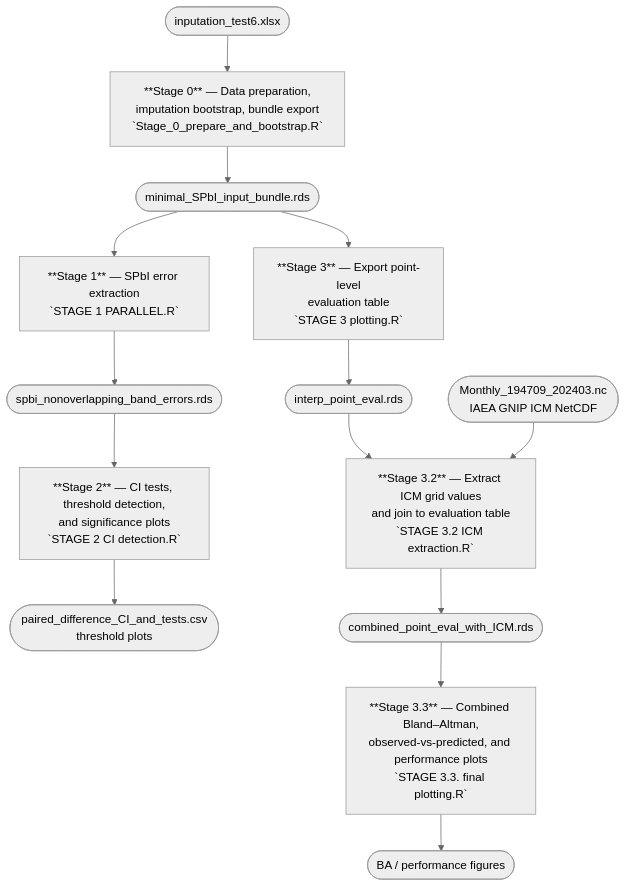
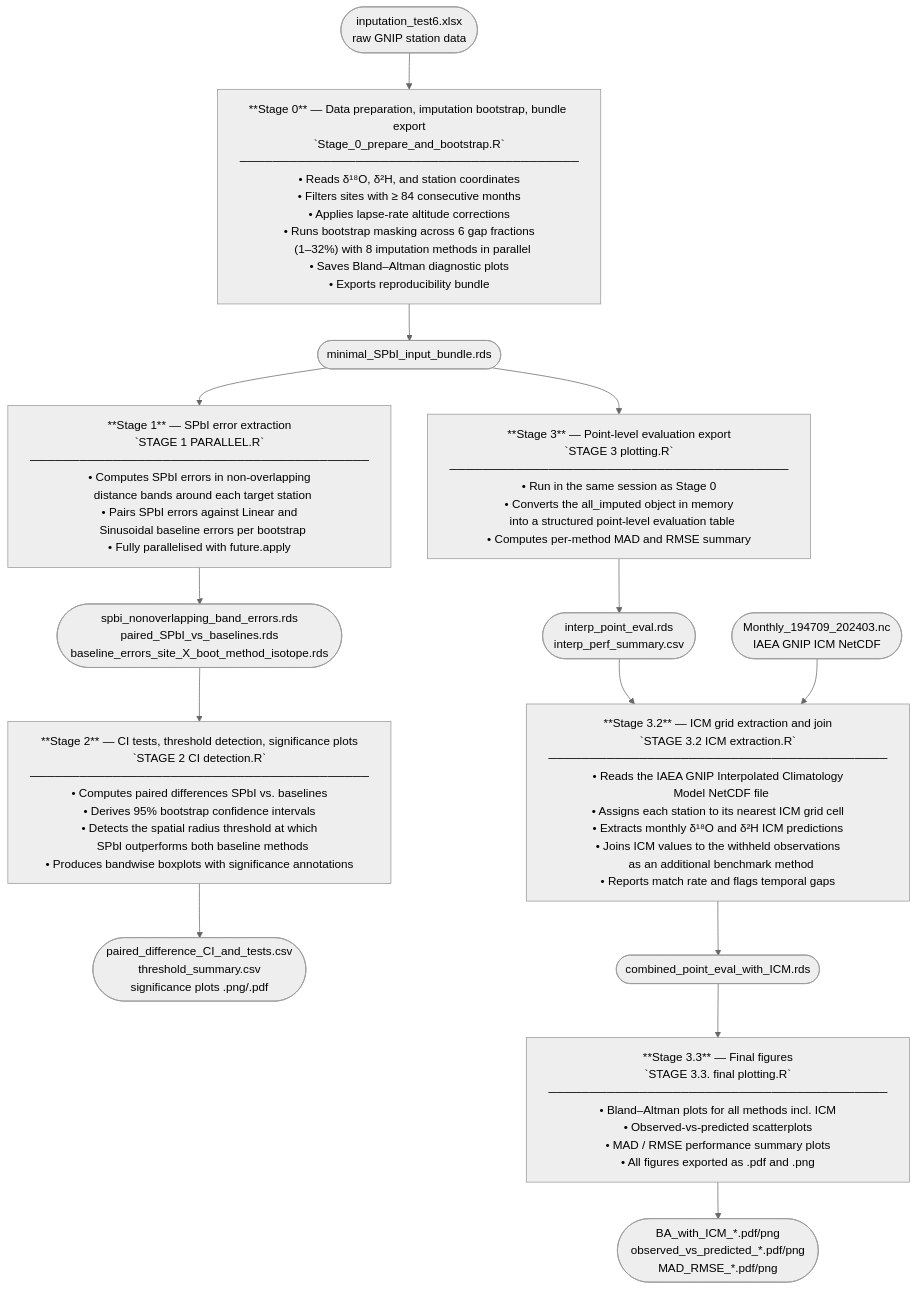
The diagram in README.md (istvan60/SPbI), drawn with Mermaid (neutral theme) before and after one commit.

Commit message:
Expand flowchart with detailed stage descriptions

````diff
--- a/README.md
+++ b/README.md
@@ -13,28 +13,28 @@
 ```mermaid
 flowchart TD
-    A([inputation_test6.xlsx]) --> S0
+    A([inputation_test6.xlsx\nraw GNIP station data]) --> S0
 
-    S0["**Stage 0** — Data preparation,\nimputation bootstrap, bundle export\n`Stage_0_prepare_and_bootstrap.R`"]
+    S0["**Stage 0** — Data preparation, imputation bootstrap, bundle export\n`Stage_0_prepare_and_bootstrap.R`\n─────────────────────────────────────────\n• Reads δ¹⁸O, δ²H, and station coordinates\n• Filters sites with ≥ 84 consecutive months\n• Applies lapse-rate altitude corrections\n• Runs bootstrap masking across 6 gap fractions\n  (1–32%) with 8 imputation methods in parallel\n• Saves Bland–Altman diagnostic plots\n• Exports reproducibility bundle"]
     S0 --> B([minimal_SPbI_input_bundle.rds])
 
     B --> S1
-    S1["**Stage 1** — SPbI error extraction\n`STAGE 1 PARALLEL.R`"]
-    S1 --> C([spbi_nonoverlapping_band_errors.rds])
+    S1["**Stage 1** — SPbI error extraction\n`STAGE 1 PARALLEL.R`\n─────────────────────────────────────────\n• Computes SPbI errors in non-overlapping\n  distance bands around each target station\n• Pairs SPbI errors against Linear and\n  Sinusoidal baseline errors per bootstrap\n• Fully parallelised with future.apply"]
+    S1 --> C([spbi_nonoverlapping_band_errors.rds\npaired_SPbI_vs_baselines.rds\nbaseline_errors_site_X_boot_method_isotope.rds])
 
     C --> S2
-    S2["**Stage 2** — CI tests, threshold detection,\nand significance plots\n`STAGE 2 CI detection.R`"]
-    S2 --> D([paired_difference_CI_and_tests.csv\nthreshold plots])
+    S2["**Stage 2** — CI tests, threshold detection, significance plots\n`STAGE 2 CI detection.R`\n─────────────────────────────────────────\n• Computes paired differences SPbI vs. baselines\n• Derives 95% bootstrap confidence intervals\n• Detects the spatial radius threshold at which\n  SPbI outperforms both baseline methods\n• Produces bandwise boxplots with significance annotations"]
+    S2 --> D([paired_difference_CI_and_tests.csv\nthreshold_summary.csv\nsignificance plots .png/.pdf])
 
     B --> S3
-    S3["**Stage 3** — Export point-level\nevaluation table\n`STAGE 3 plotting.R`"]
-    S3 --> E([interp_point_eval.rds])
+    S3["**Stage 3** — Point-level evaluation export\n`STAGE 3 plotting.R`\n─────────────────────────────────────────\n• Run in the same session as Stage 0\n• Converts the all_imputed object in memory\n  into a structured point-level evaluation table\n• Computes per-method MAD and RMSE summary"]
+    S3 --> E([interp_point_eval.rds\ninterp_perf_summary.csv])
 
     E --> S32
     F([Monthly_194709_202403.nc\nIAEA GNIP ICM NetCDF]) --> S32
-    S32["**Stage 3.2** — Extract ICM grid values\nand join to evaluation table\n`STAGE 3.2 ICM extraction.R`"]
+    S32["**Stage 3.2** — ICM grid extraction and join\n`STAGE 3.2 ICM extraction.R`\n─────────────────────────────────────────\n• Reads the IAEA GNIP Interpolated Climatology\n  Model NetCDF file\n• Assigns each station to its nearest ICM grid cell\n• Extracts monthly δ¹⁸O and δ²H ICM predictions\n• Joins ICM values to the withheld observations\n  as an additional benchmark method\n• Reports match rate and flags temporal gaps"]
     S32 --> G([combined_point_eval_with_ICM.rds])
 
     G --> S33
-    S33["**Stage 3.3** — Combined Bland–Altman,\nobserved-vs-predicted, and performance plots\n`STAGE 3.3. final plotting.R`"]
-    S33 --> H([BA / performance figures])
+    S33["**Stage 3.3** — Final figures\n`STAGE 3.3. final plotting.R`\n─────────────────────────────────────────\n• Bland–Altman plots for all methods incl. ICM\n• Observed-vs-predicted scatterplots\n• MAD / RMSE performance summary plots\n• All figures exported as .pdf and .png"]
+    S33 --> H([BA_with_ICM_*.pdf/png\nobserved_vs_predicted_*.pdf/png\nMAD_RMSE_*.pdf/png])
 ```
````
